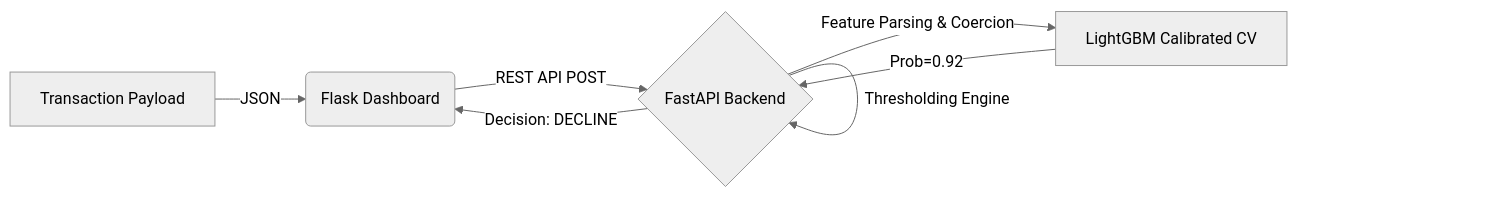
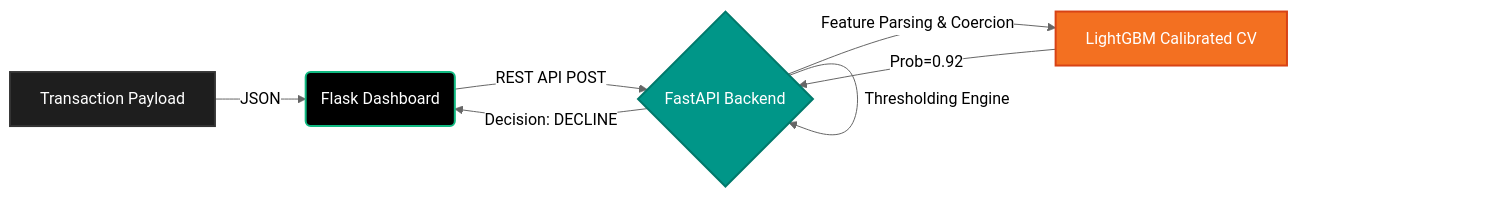
One commit to vyash0048-bit/Fraud_Detection changed the diagram in README.md. Above: the diagram before and after it, drawn with Mermaid (neutral theme). The commit also changed other lines of this file and 2 other files, not shown here.

````diff
--- a/README.md
+++ b/README.md
@@ -79,9 +88,14 @@
 ```mermaid
 graph LR
     A[Transaction Payload] -->|JSON| B(Flask Dashboard)
     B -->|REST API POST| C{FastAPI Backend}
     C -->|Feature Parsing & Coercion| D[LightGBM Calibrated CV]
     D -->|Prob=0.92| C
     C -->|Thresholding Engine| C
     C -->|Decision: DECLINE| B
+    
+    style A fill:#1e1e1e,stroke:#333,stroke-width:2px,color:#fff
+    style B fill:#000000,stroke:#10B981,stroke-width:2px,color:#fff
+    style C fill:#009688,stroke:#00796B,stroke-width:2px,color:#fff
+    style D fill:#F37021,stroke:#D84315,stroke-width:2px,color:#fff
 ```
````
